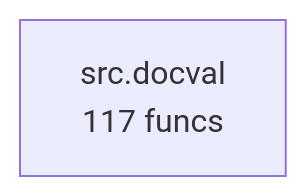
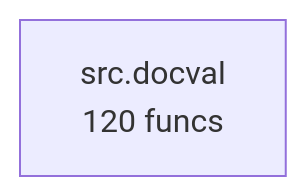
One commit to semcod/docval changed the diagram in project/compact_flow.mmd. Above: the diagram before and after it, drawn with Mermaid. The commit also changed 23 other files, not shown here.

```diff
--- a/project/compact_flow.mmd
+++ b/project/compact_flow.mmd
@@ -1,2 +1,2 @@
 flowchart TD
-    src__docval["src.docval<br/>117 funcs"]
+    src__docval["src.docval<br/>120 funcs"]
```
